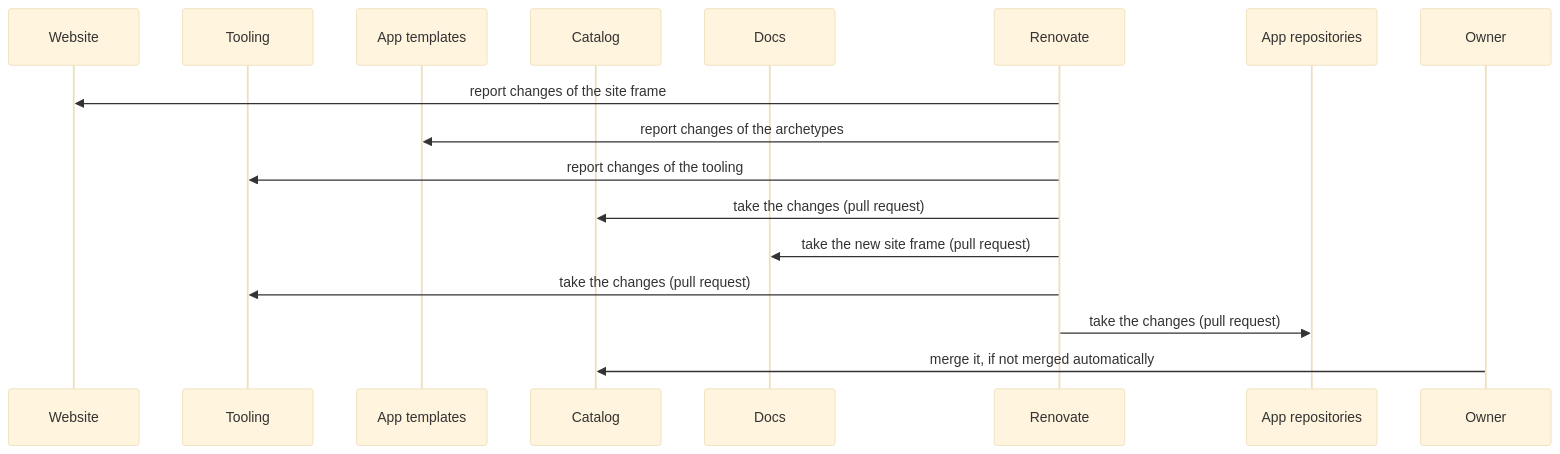
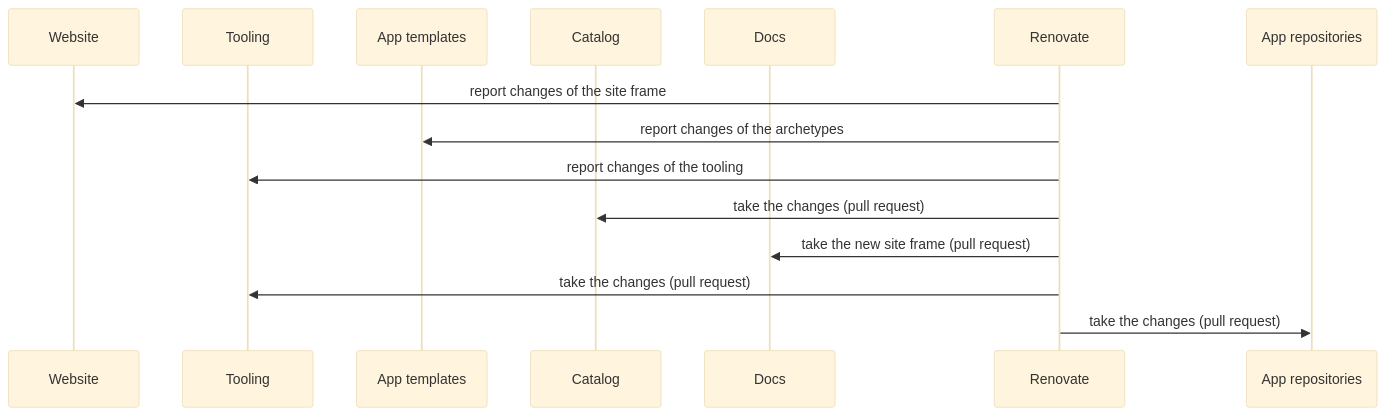
The fifth of 6 diagrams in docs/arc42/06-runtime-view.arc42.md (lernapps/docs), drawn with Mermaid (base theme) before and after one commit. The commit also changed other lines of this file and 7 other files, not shown here.

````diff
--- a/docs/arc42/06-runtime-view.arc42.md
+++ b/docs/arc42/06-runtime-view.arc42.md
@@ -204,19 +204,17 @@
 ```mermaid
 sequenceDiagram
     participant website as Website
     participant tooling as Tooling
     participant templates as App templates
     participant catalog as Catalog
     participant docs as Docs
     participant renovate as Renovate
     participant apps as App repositories
-    participant owner as Owner
     renovate->>website: report changes of the site frame
     renovate->>templates: report changes of the archetypes
     renovate->>tooling: report changes of the tooling
     renovate->>catalog: take the changes (pull request)
     renovate->>docs: take the new site frame (pull request)
     renovate->>tooling: take the changes (pull request)
     renovate->>apps: take the changes (pull request)
-    owner->>catalog: merge it, if not merged automatically
 ```
````
